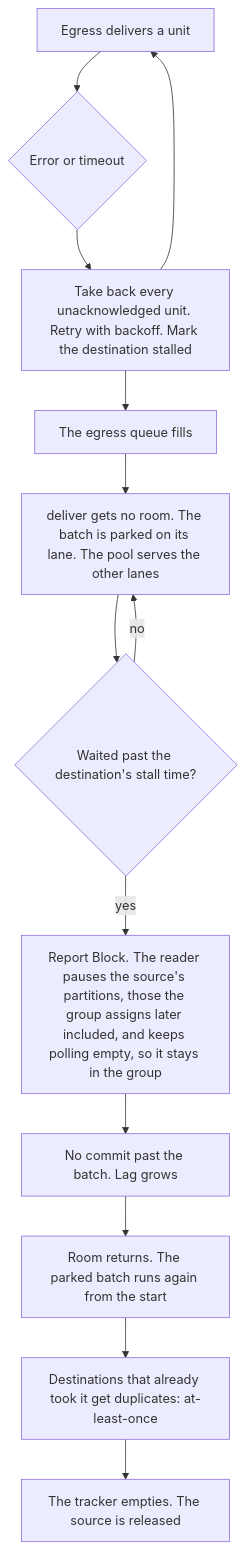
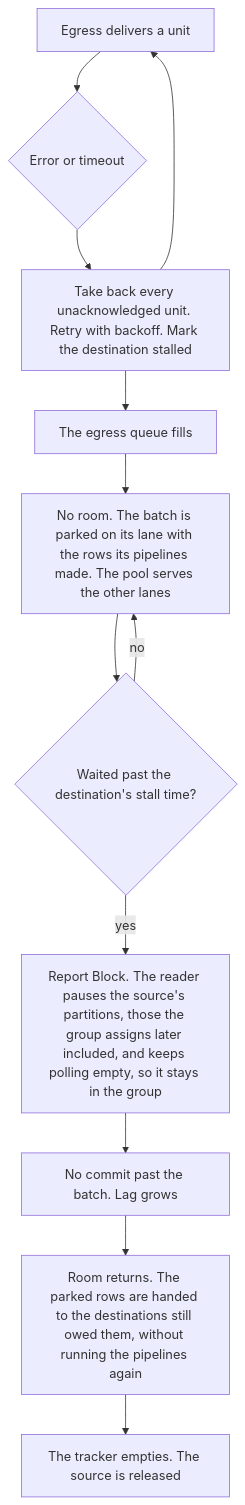
The sixth of 6 diagrams in docs/data-paths.md (smeltr-sh/smeltr), drawn with Mermaid before and after one commit. The commit also changed other lines of this file and 4 other files, not shown here.

First line of the commit message:
Park the rows a batch's pipelines made when its destination has no room, and hand them over without running again

````diff
--- a/docs/data-paths.md
+++ b/docs/data-paths.md
@@ -174,15 +174,14 @@
 ```mermaid
 flowchart TD
   A["Egress delivers a unit"] --> B{"Error or timeout"}
   B --> C["Take back every unacknowledged unit. Retry with backoff. Mark the destination stalled"]
   C --> A
   C --> D["The egress queue fills"]
-  D --> E["deliver gets no room. The batch is parked on its lane. The pool serves the other lanes"]
+  D --> E["No room. The batch is parked on its lane with the rows its pipelines made. The pool serves the other lanes"]
   E --> F{"Waited past the destination's stall time?"}
   F -- no --> E
   F -- yes --> G["Report Block. The reader pauses the source's partitions, those the group assigns later included, and keeps polling empty, so it stays in the group"]
   G --> H["No commit past the batch. Lag grows"]
-  H --> I["Room returns. The parked batch runs again from the start"]
-  I --> J["Destinations that already took it get duplicates: at-least-once"]
-  J --> K["The tracker empties. The source is released"]
+  H --> I["Room returns. The parked rows are handed to the destinations still owed them, without running the pipelines again"]
+  I --> K["The tracker empties. The source is released"]
 ```
````
